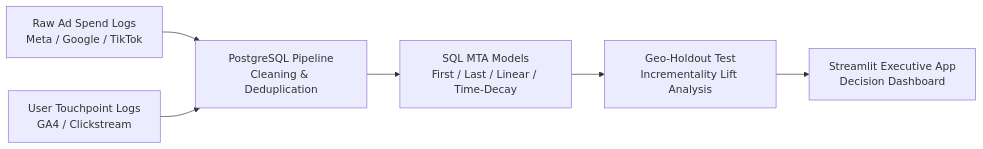
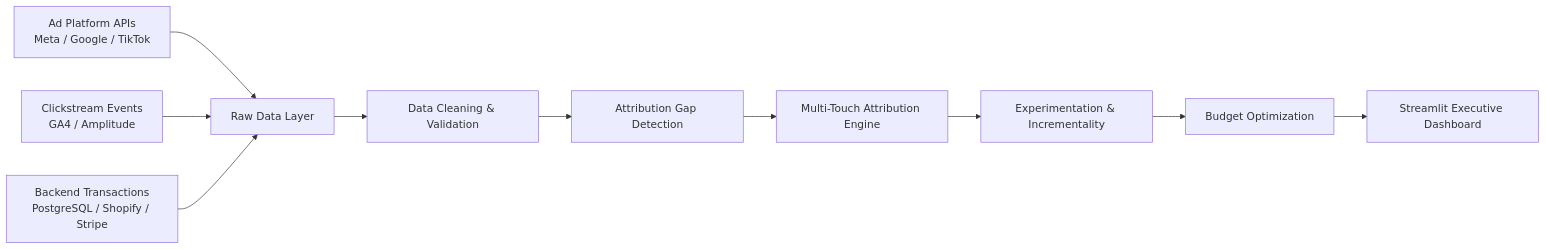
Before and after one commit to jinyeong-park/jynlab-growth-attribution-system: the fourth of 4 diagrams in README.md, drawn with Mermaid. The commit also changed other lines of this file, not shown here.

````diff
--- a/README.md
+++ b/README.md
@@ -94,8 +715,27 @@
 ```mermaid
 flowchart LR
-    A[Raw Ad Spend Logs<br/>Meta / Google / TikTok] --> C[PostgreSQL Pipeline<br/>Cleaning & Deduplication]
-    B[User Touchpoint Logs<br/>GA4 / Clickstream] --> C
-    C --> D[SQL MTA Models<br/>First / Last / Linear / Time-Decay]
-    D --> E[Geo-Holdout Test<br/>Incrementality Lift Analysis]
-    E --> F[Streamlit Executive App<br/>Decision Dashboard]
+
+    A[Ad Platform APIs<br/>Meta / Google / TikTok]
+
+    B[Clickstream Events<br/>GA4 / Amplitude]
+
+    C[Backend Transactions<br/>PostgreSQL / Shopify / Stripe]
+
+    A --> D[Raw Data Layer]
+
+    B --> D
+
+    C --> D
+
+    D --> E[Data Cleaning & Validation]
+
+    E --> F[Attribution Gap Detection]
+
+    F --> G[Multi-Touch Attribution Engine]
+
+    G --> H[Experimentation & Incrementality]
+
+    H --> I[Budget Optimization]
+
+    I --> J[Streamlit Executive Dashboard]
 ```
````
